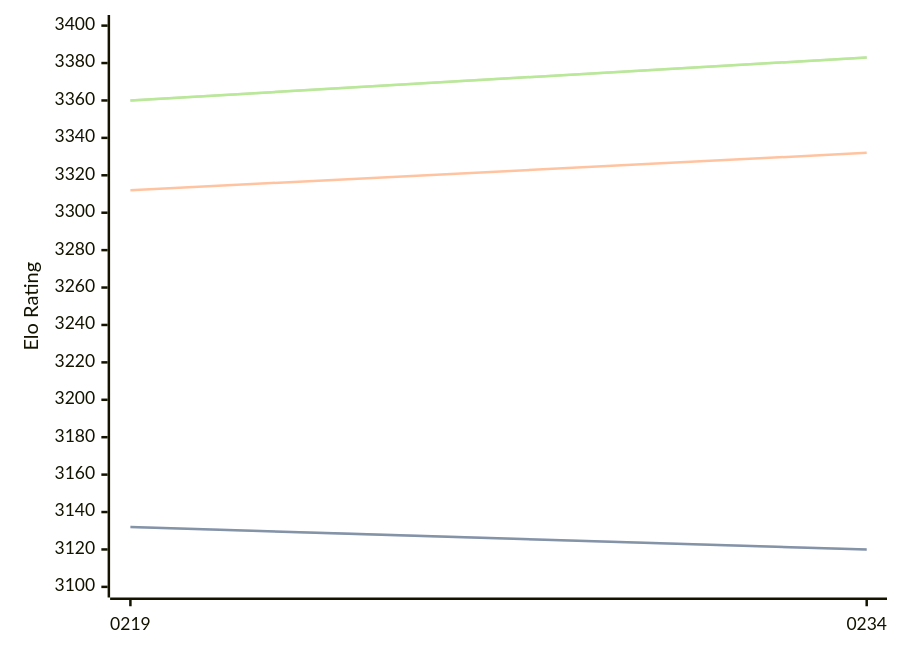
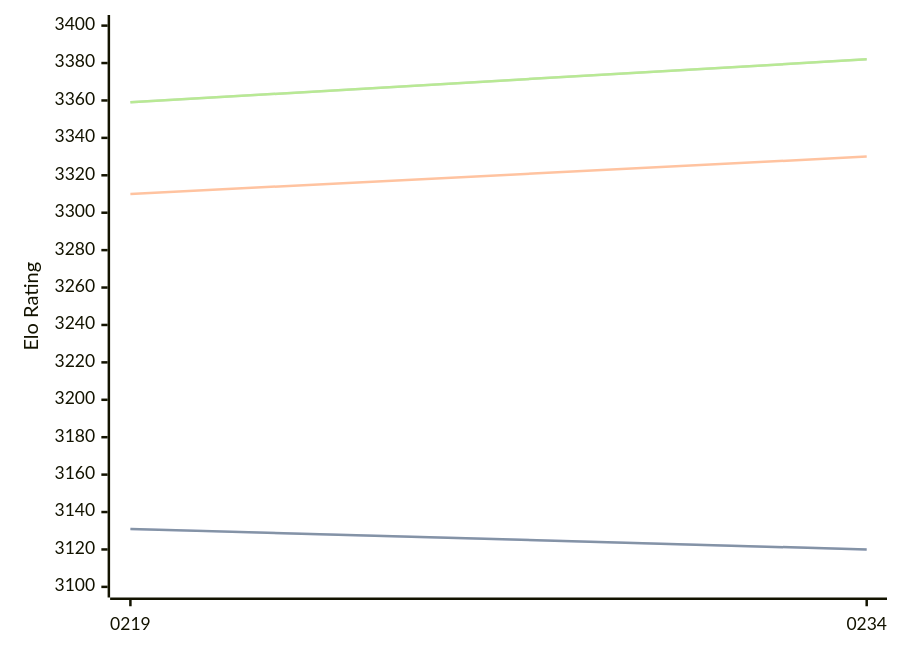
The diagram in engines/Ynode.md (computer-chess-index/cci), drawn with Mermaid before and after one commit. The commit also changed other lines of this file, not shown here.

Commit message:
Update CCI Ratings (ELO VLTC) - 2026-07-27

````diff
--- a/engines/Ynode.md
+++ b/engines/Ynode.md
@@ -39,11 +39,11 @@
 ```mermaid
 %%{init: {"theme":"base","themeVariables":{"seriesColors:['#a3a3a3','#222221','#faa371']}}}%%
 xychart-beta
   x-axis ["0219", "0234"]
   y-axis "Elo Rating" 3100 --> 3400
-  line "STC (8.0+0.08s)" [3132, 3120]
-  line "STC (8.0+0.08s)" [3132, 3120]
-  line "LTC (60.0+0.60s)" [3312, 3332]
-  line "VLTC (2m24s+1.12s)" [3360, 3383]
-  line "VLTC (2m24s+1.12s)" [3360, 3383]
+  line "STC (8.0+0.08s)" [3131, 3120]
+  line "STC (8.0+0.08s)" [3131, 3120]
+  line "LTC (60.0+0.60s)" [3310, 3330]
+  line "VLTC (2m24s+1.12s)" [3359, 3382]
+  line "VLTC (2m24s+1.12s)" [3359, 3382]
 ```
````
